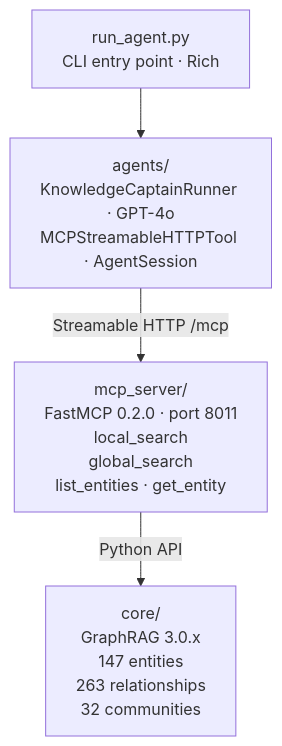
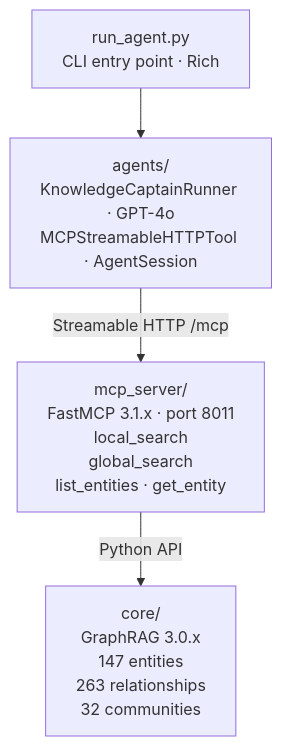
One commit to cristofima/maf-graphrag-series changed the diagram in README.md. Above: the diagram before and after it, drawn with Mermaid. The commit also changed other lines of this file and 2 other files, not shown here.

````diff
--- a/README.md
+++ b/README.md
@@ -227,11 +227,11 @@
 ```mermaid
 flowchart TD
     A["run_agent.py<br/>CLI entry point · Rich"]
     B["agents/<br/>KnowledgeCaptainRunner · GPT-4o<br/>MCPStreamableHTTPTool · AgentSession"]
-    C["mcp_server/<br/>FastMCP 0.2.0 · port 8011<br/>local_search<br/>global_search<br/>list_entities · get_entity"]
+    C["mcp_server/<br/>FastMCP 3.1.x · port 8011<br/>local_search<br/>global_search<br/>list_entities · get_entity"]
     D["core/<br/>GraphRAG 3.0.x<br/>147 entities<br/>263 relationships<br/>32 communities"]
 
     A --> B
     B -->|"Streamable HTTP /mcp"| C
     C -->|"Python API"| D
 ```
````
